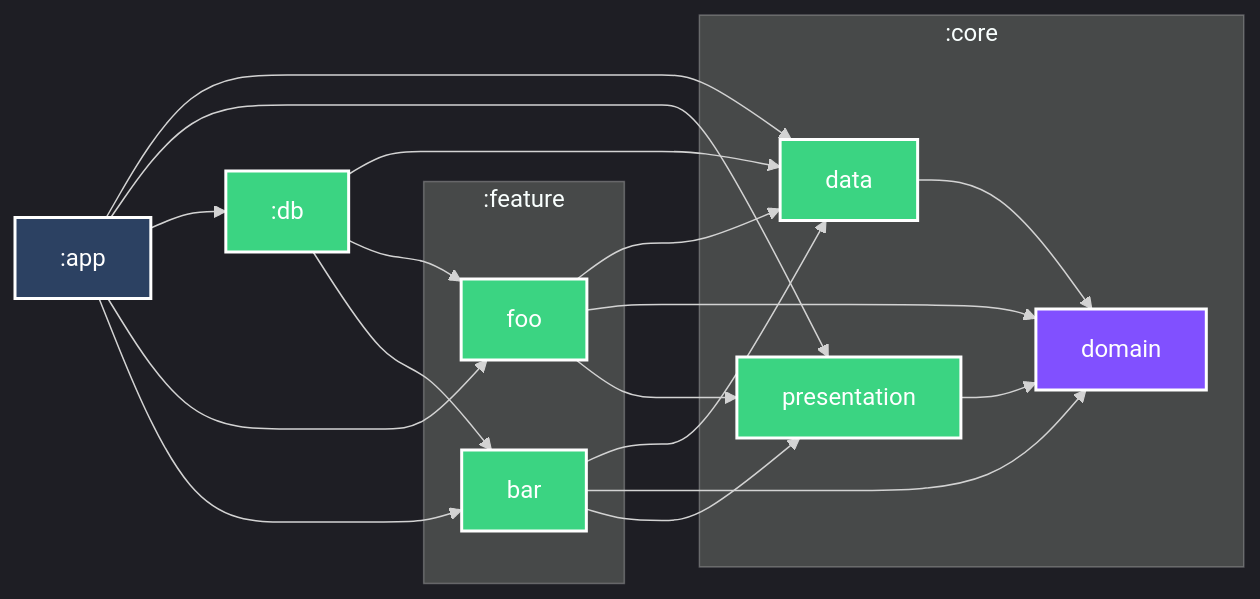
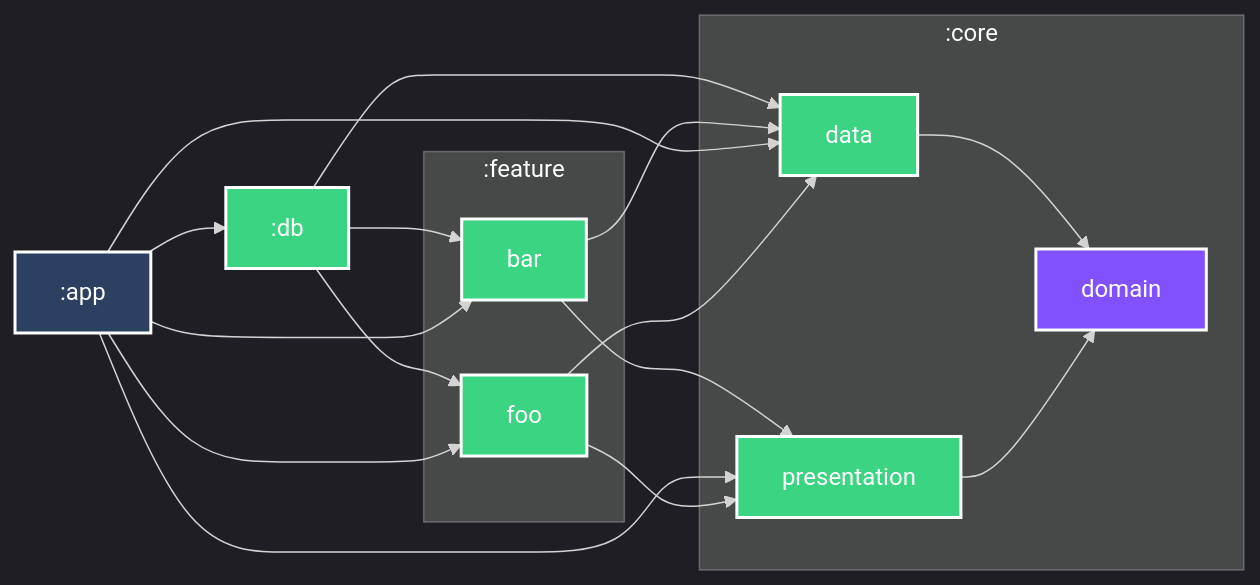
The diagram in GRAPH.md (TheAlisher/Boilerplate-Android), drawn with Mermaid before and after one commit. The commit also changed other lines of this file, not shown here.

````diff
--- a/GRAPH.md
+++ b/GRAPH.md
@@ -3,46 +3,44 @@
 ```mermaid
 %%{
   init: {
     'theme': 'dark'
   }
 }%%
 
 graph LR
   subgraph :core
     :core:data["data"]
     :core:domain["domain"]
     :core:presentation["presentation"]
   end
   subgraph :feature
     :feature:foo["foo"]
     :feature:bar["bar"]
   end
   :core:data --> :core:domain
   :core:presentation --> :core:domain
   :db --> :core:data
   :db --> :feature:foo
   :db --> :feature:bar
   :feature:bar --> :core:data
-  :feature:bar --> :core:domain
   :feature:bar --> :core:presentation
   :app --> :core:data
   :app --> :core:presentation
   :app --> :db
   :app --> :feature:foo
   :app --> :feature:bar
   :feature:foo --> :core:data
-  :feature:foo --> :core:domain
   :feature:foo --> :core:presentation
 
 classDef android-library fill:#3BD482,stroke:#fff,stroke-width:2px,color:#fff;
 classDef kotlin-jvm fill:#8150FF,stroke:#fff,stroke-width:2px,color:#fff;
 classDef android-application fill:#2C4162,stroke:#fff,stroke-width:2px,color:#fff;
 class :core:data android-library
 class :core:domain kotlin-jvm
 class :core:presentation android-library
 class :db android-library
 class :feature:foo android-library
 class :feature:bar android-library
 class :app android-application
 
 ```
````
